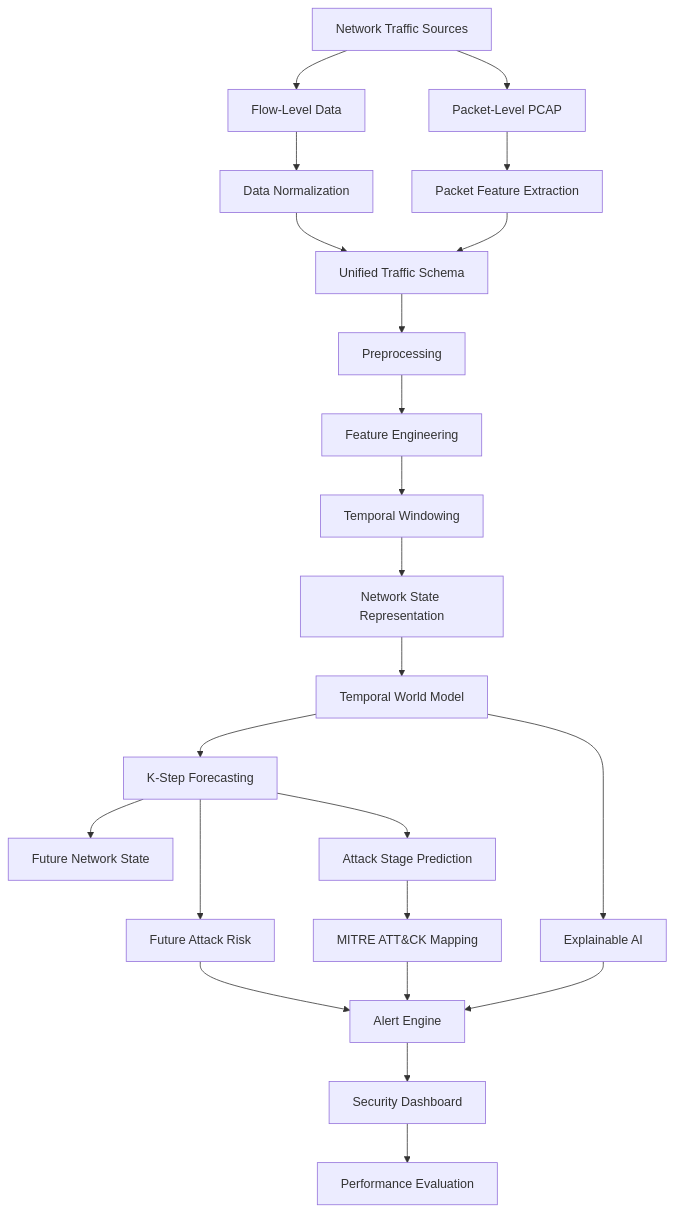
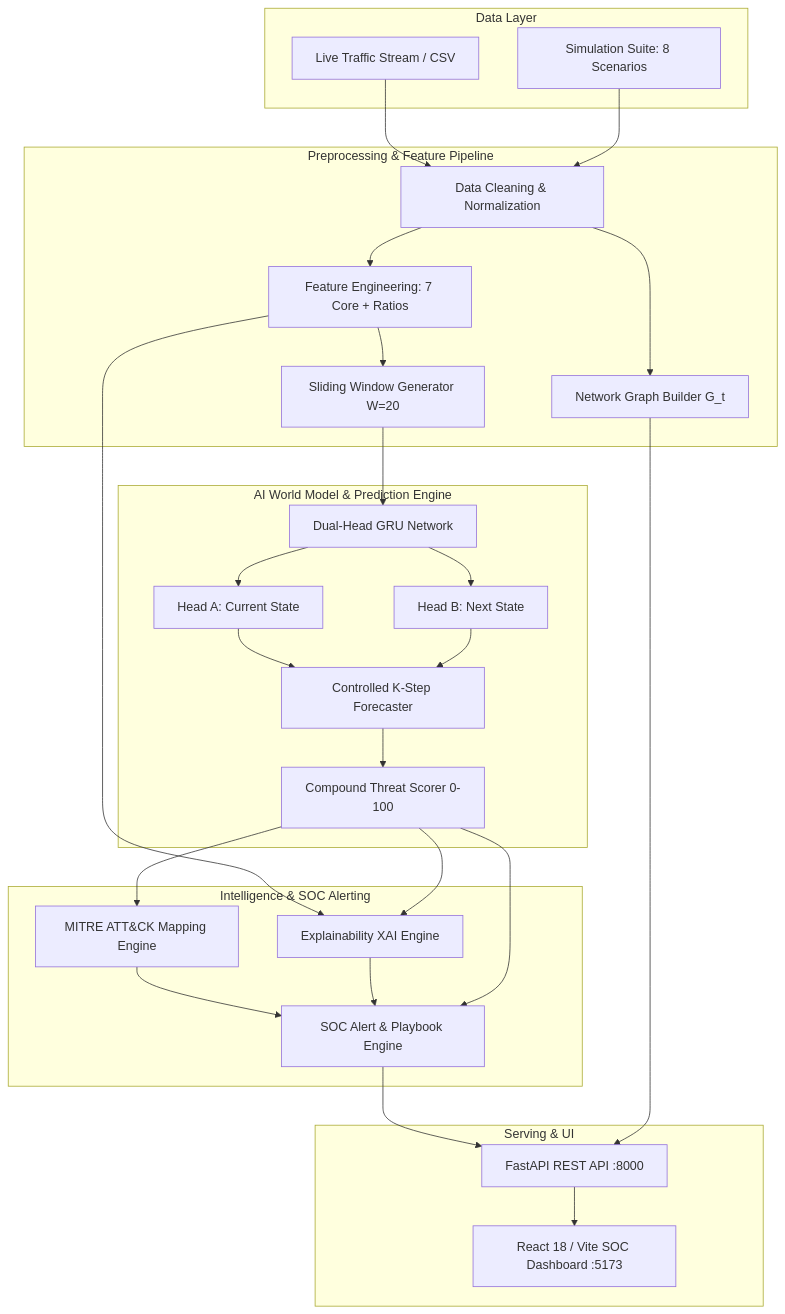
One commit to nagarjuna-32/cyber-network-traffic changed the diagram in network-attack-forecasting/README.md. Above: the diagram before and after it, drawn with Mermaid. The commit also changed other lines of this file and 1 other file, not shown here.

Commit message:
docs: update README with complete 11-stage work process, architecture, and multi-OS guides

````diff
--- a/network-attack-forecasting/README.md
+++ b/network-attack-forecasting/README.md
@@ -235,40 +140,49 @@
 ```mermaid
 flowchart TD
+    subgraph Data Layer
+        A1[Live Traffic Stream / CSV]
+        A2[Simulation Suite: 8 Scenarios]
+    end
 
-A[Network Traffic Sources]
+    subgraph Preprocessing & Feature Pipeline
+        B1[Data Cleaning & Normalization]
+        B2[Feature Engineering: 7 Core + Ratios]
+        B3[Network Graph Builder G_t]
+        B4[Sliding Window Generator W=20]
+    end
 
-A --> B[Flow-Level Data]
-A --> C[Packet-Level PCAP]
+    subgraph AI World Model & Prediction Engine
+        C1[Dual-Head GRU Network]
+        C2[Head A: Current State]
+        C3[Head B: Next State]
+        C4[Controlled K-Step Forecaster]
+        C5[Compound Threat Scorer 0-100]
+    end
 
-B --> D[Data Normalization]
-C --> E[Packet Feature Extraction]
+    subgraph Intelligence & SOC Alerting
+        D1[MITRE ATT&CK Mapping Engine]
+        D2[Explainability XAI Engine]
+        D3[SOC Alert & Playbook Engine]
+    end
 
-D --> F[Unified Traffic Schema]
-E --> F
+    subgraph Serving & UI
+        E1[FastAPI REST API :8000]
+        E2[React 18 / Vite SOC Dashboard :5173]
+    end
 
-F --> G[Preprocessing]
-G --> H[Feature Engineering]
-H --> I[Temporal Windowing]
-
-I --> J[Network State Representation]
-
-J --> K[Temporal World Model]
-
-K --> L[K-Step Forecasting]
-
-L --> M[Future Network State]
-L --> N[Future Attack Risk]
-L --> O[Attack Stage Prediction]
-
-O --> P[MITRE ATT&CK Mapping]
-
-N --> Q[Alert Engine]
-P --> Q
-
-K --> R[Explainable AI]
-R --> Q
-
-Q --> S[Security Dashboard]
-
-S --> T[Performance Evaluation]
+    A1 --> B1
+    A2 --> B1
+    B1 --> B2
+    B1 --> B3
+    B2 --> B4
+    B4 --> C1
+    C1 --> C2
+    C1 --> C3
+    C2 & C3 --> C4
+    C4 --> C5
+    C5 --> D1
+    B2 & C5 --> D2
+    D1 & D2 & C5 --> D3
+    D3 & B3 --> E1
+    E1 --> E2
 ```
````
